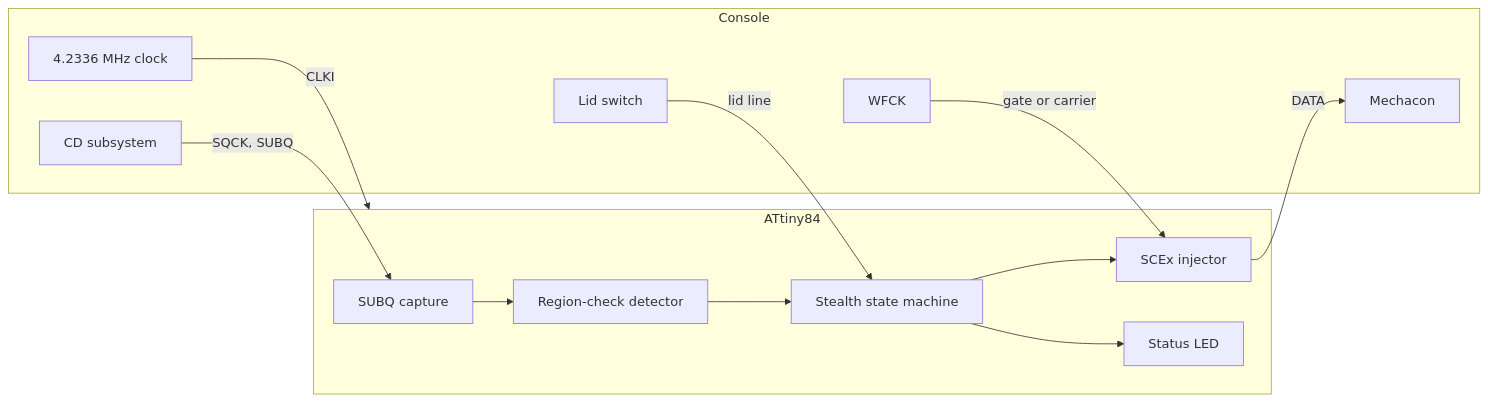
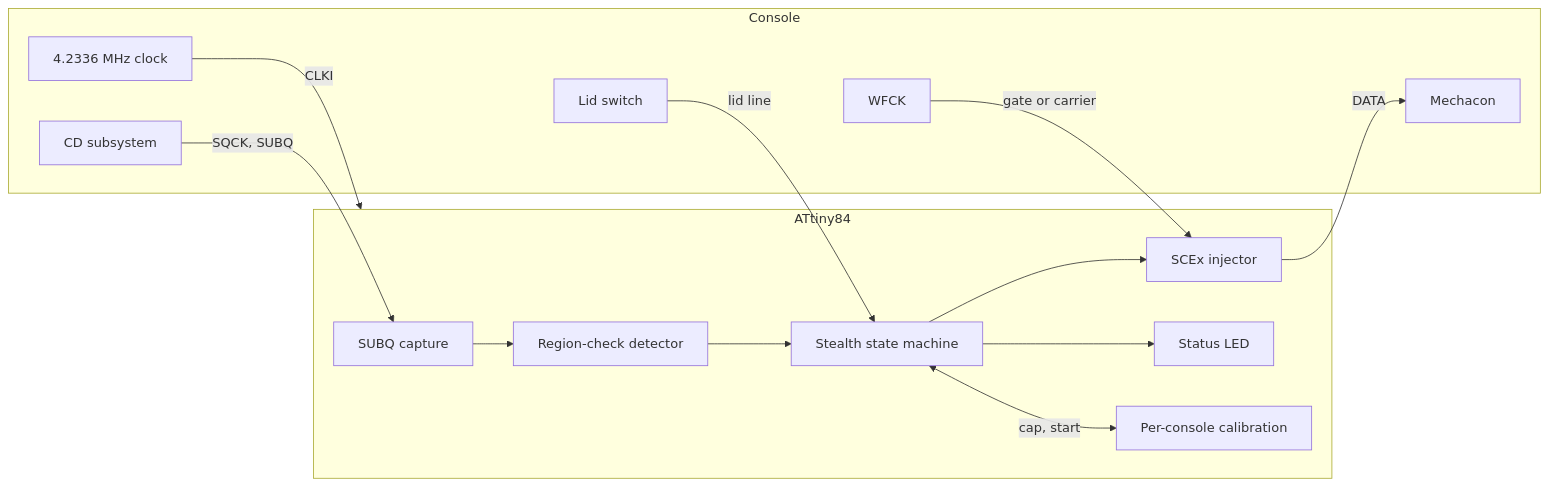
The diagram in README.md (gufranco/openscex-modchip), drawn with Mermaid before and after one commit. The commit also changed other lines of this file and 2 other files, not shown here.

First line of the commit message:
docs: per-console calibration and code 7

````diff
--- a/README.md
+++ b/README.md
@@ -46,24 +46,26 @@
 ```mermaid
 graph LR
     subgraph Console
         CD[CD subsystem]
         CLK[4.2336 MHz clock]
         LID[Lid switch]
         WF[WFCK]
         MECH[Mechacon]
     end
     subgraph ATtiny84
         CAP[SUBQ capture]
         DET[Region-check detector]
         ST[Stealth state machine]
         INJ[SCEx injector]
         LED[Status LED]
+        CAL[Per-console calibration]
     end
     CD -->|SQCK, SUBQ| CAP
     CAP --> DET --> ST --> INJ
     ST --> LED
+    ST <-->|cap, start| CAL
     LID -->|lid line| ST
     WF -->|gate or carrier| INJ
     CLK -->|CLKI| ATtiny84
     INJ -->|DATA| MECH
 ```
````
